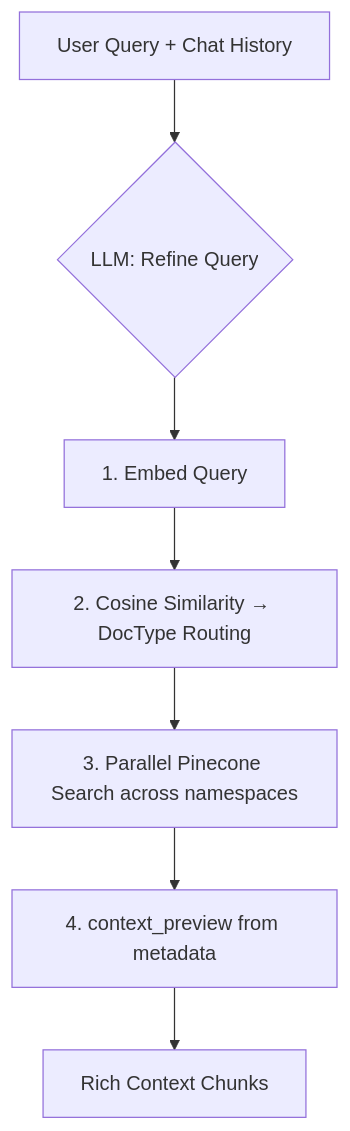
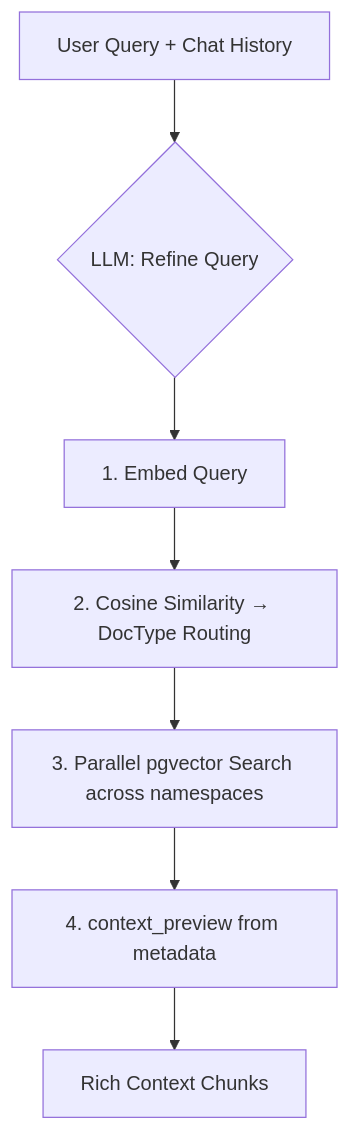
The third of 4 diagrams in README.md (theapprenticeproject/Ai), drawn with Mermaid before and after one commit. The commit also changed other lines of this file and 10 other files, not shown here.

First line of the commit message:
refactor(rag): decommission Pinecone, pgvector is now the sole vector backend

````diff
--- a/README.md
+++ b/README.md
@@ -199,9 +198,9 @@
 ```mermaid
 graph TD
     A[User Query + Chat History] --> B{LLM: Refine Query}
     B --> C["1. Embed Query"]
     C --> D["2. Cosine Similarity → DocType Routing"]
-    D --> E["3. Parallel Pinecone Search across namespaces"]
+    D --> E["3. Parallel pgvector Search across namespaces"]
     E --> F["4. context_preview from metadata"]
     F --> G[Rich Context Chunks]
 ```
````
